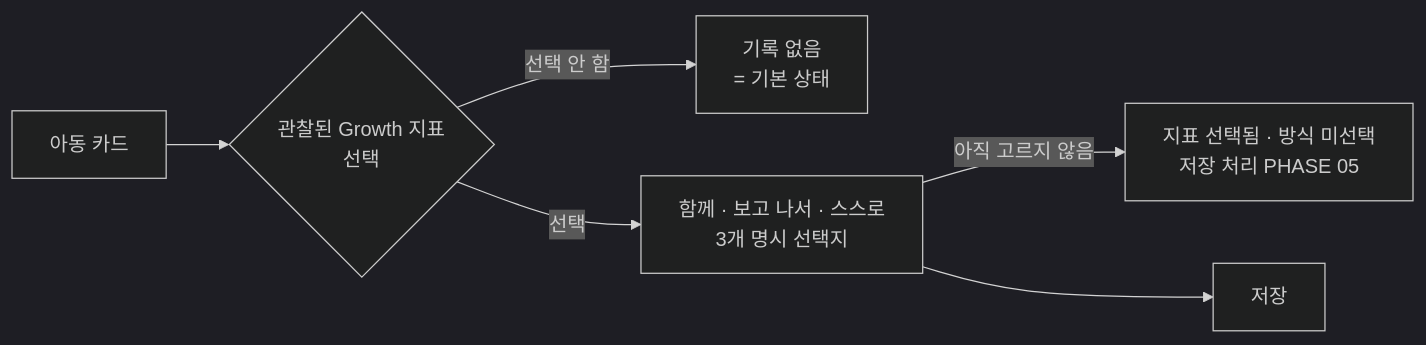
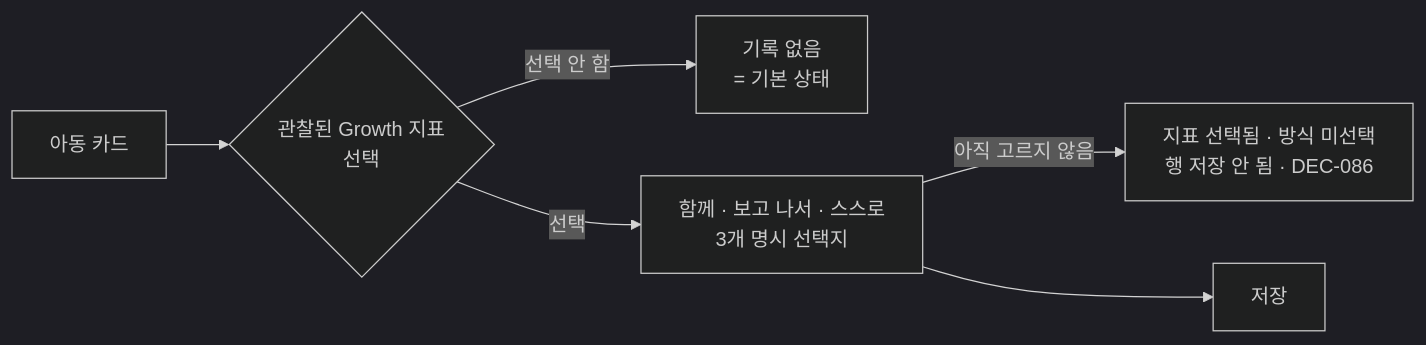
Before and after one commit to SOYESKIDS/teachable-art-play3: the second of 2 diagrams in docs/02-ia/class-mode-flow.md, drawn with Mermaid (dark theme). The commit also changed other lines of this file and 29 other files, not shown here.

Commit message:
docs: define SaaS 2.0 data and security architecture

````diff
--- a/docs/02-ia/class-mode-flow.md
+++ b/docs/02-ia/class-mode-flow.md
@@ -211,8 +211,8 @@
 ```mermaid
 flowchart LR
   A[아동 카드] --> G{관찰된 Growth 지표<br/>선택}
   G -->|선택 안 함| N[기록 없음<br/>= 기본 상태]
   G -->|선택| S[함께 · 보고 나서 · 스스로<br/>3개 명시 선택지]
-  S -->|아직 고르지 않음| U[지표 선택됨 · 방식 미선택<br/>저장 처리 PHASE 05]
+  S -->|아직 고르지 않음| U[지표 선택됨 · 방식 미선택<br/>행 저장 안 됨 · DEC-086]
   S --> OK[저장]
 ```
````
